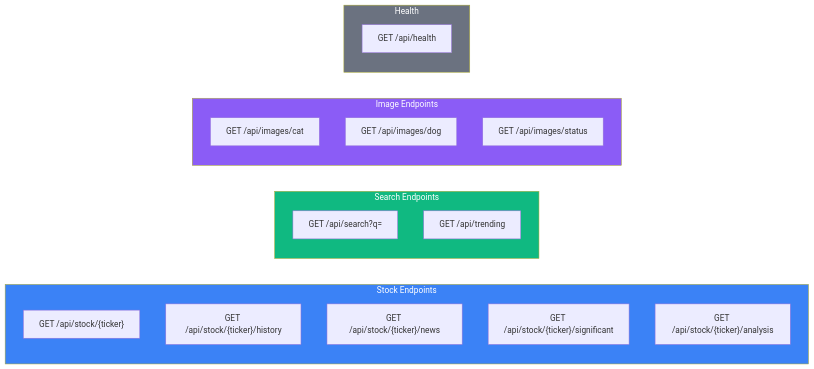
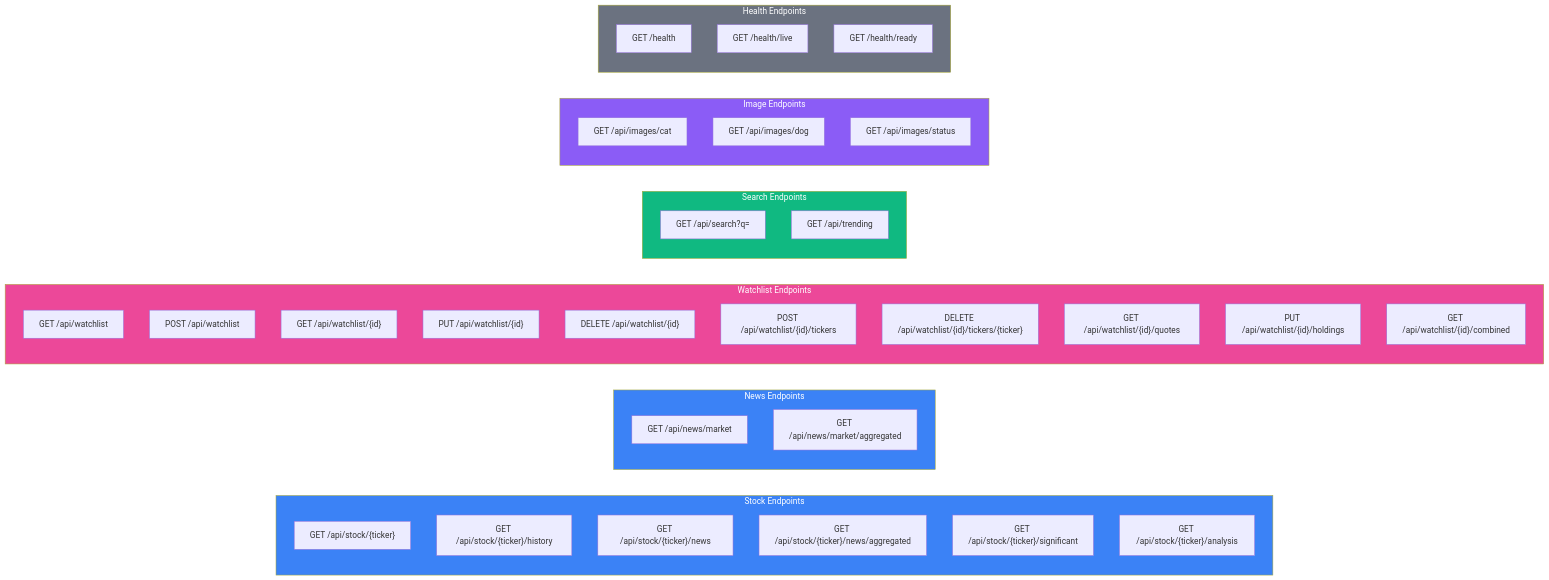
One commit to psford/claudeProjects changed the diagram in stock_analyzer_dotnet/src/StockAnalyzer.Api/wwwroot/docs/diagrams/api-endpoints.mmd. Above: the diagram before and after it, drawn with Mermaid. The commit also changed 5 other files, not shown here.

First line of the commit message:
Update Mermaid diagrams to reflect current architecture

```diff
--- a/stock_analyzer_dotnet/src/StockAnalyzer.Api/wwwroot/docs/diagrams/api-endpoints.mmd
+++ b/stock_analyzer_dotnet/src/StockAnalyzer.Api/wwwroot/docs/diagrams/api-endpoints.mmd
@@ -1,29 +1,52 @@
 %% MANUAL - Update when API endpoints change
 graph LR
     subgraph Stock["Stock Endpoints"]
         S1["GET /api/stock/{ticker}"]
         S2["GET /api/stock/{ticker}/history"]
         S3["GET /api/stock/{ticker}/news"]
-        S4["GET /api/stock/{ticker}/significant"]
-        S5["GET /api/stock/{ticker}/analysis"]
+        S4["GET /api/stock/{ticker}/news/aggregated"]
+        S5["GET /api/stock/{ticker}/significant"]
+        S6["GET /api/stock/{ticker}/analysis"]
+    end
+
+    subgraph News["News Endpoints"]
+        N1["GET /api/news/market"]
+        N2["GET /api/news/market/aggregated"]
+    end
+
+    subgraph Watchlist["Watchlist Endpoints"]
+        W1["GET /api/watchlist"]
+        W2["POST /api/watchlist"]
+        W3["GET /api/watchlist/{id}"]
+        W4["PUT /api/watchlist/{id}"]
+        W5["DELETE /api/watchlist/{id}"]
+        W6["POST /api/watchlist/{id}/tickers"]
+        W7["DELETE /api/watchlist/{id}/tickers/{ticker}"]
+        W8["GET /api/watchlist/{id}/quotes"]
+        W9["PUT /api/watchlist/{id}/holdings"]
+        W10["GET /api/watchlist/{id}/combined"]
     end
 
     subgraph Search["Search Endpoints"]
         Q1["GET /api/search?q="]
         Q2["GET /api/trending"]
     end
 
     subgraph Images["Image Endpoints"]
         I1["GET /api/images/cat"]
         I2["GET /api/images/dog"]
         I3["GET /api/images/status"]
     end
 
-    subgraph Health["Health"]
-        H1["GET /api/health"]
+    subgraph Health["Health Endpoints"]
+        H1["GET /health"]
+        H2["GET /health/live"]
+        H3["GET /health/ready"]
     end
 
     style Stock fill:#3B82F6,color:#fff
+    style News fill:#3B82F6,color:#fff
+    style Watchlist fill:#EC4899,color:#fff
     style Search fill:#10B981,color:#fff
     style Images fill:#8B5CF6,color:#fff
     style Health fill:#6B7280,color:#fff
```
